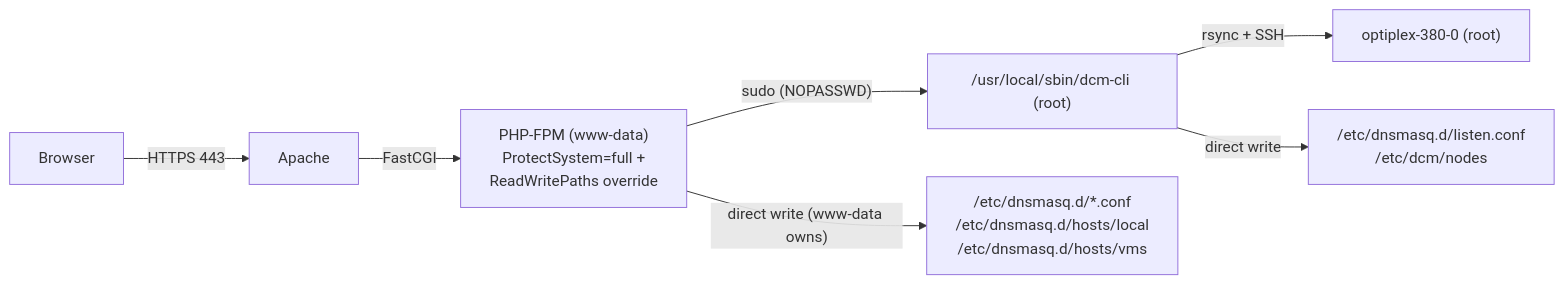
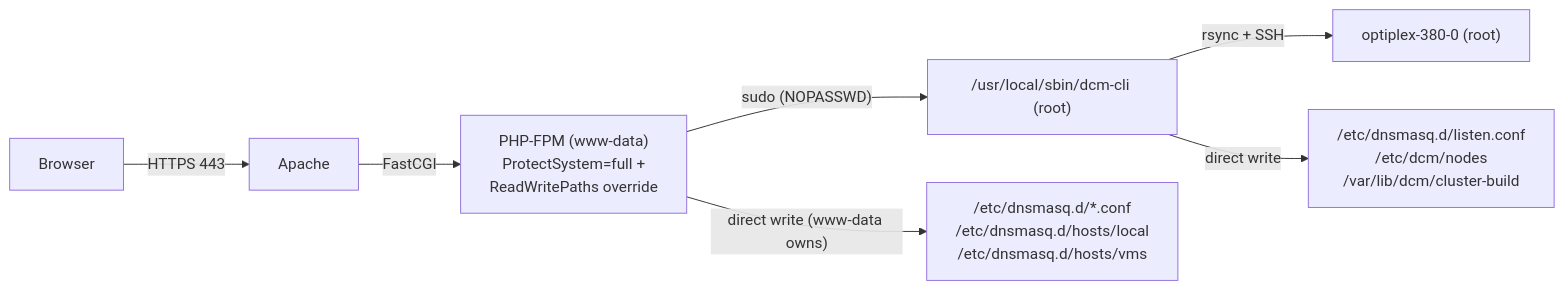
The fourth of 6 diagrams in docs/architecture.md (ernolf/dcm), drawn with Mermaid before and after one commit. The commit also changed other lines of this file and 10 other files, not shown here.

First line of the commit message:
feat: gate the configuration on the dnsmasq build every node runs

````diff
--- a/docs/architecture.md
+++ b/docs/architecture.md
@@ -197,9 +223,9 @@
 ```mermaid
 graph LR
     Browser -->|HTTPS 443| Apache
     Apache -->|FastCGI| PHPFPM["PHP-FPM (www-data)\nProtectSystem=full +\nReadWritePaths override"]
     PHPFPM -->|"sudo (NOPASSWD)"| CLI["/usr/local/sbin/dcm-cli (root)"]
     CLI -->|"rsync + SSH"| Remote["optiplex-380-0 (root)"]
-    CLI -->|"direct write"| EtcDnsmasq["/etc/dnsmasq.d/listen.conf\n/etc/dcm/nodes"]
+    CLI -->|"direct write"| EtcDnsmasq["/etc/dnsmasq.d/listen.conf\n/etc/dcm/nodes\n/var/lib/dcm/cluster-build"]
     PHPFPM -->|"direct write (www-data owns)"| HostsFiles["/etc/dnsmasq.d/*.conf\n/etc/dnsmasq.d/hosts/local\n/etc/dnsmasq.d/hosts/vms"]
 ```
````
